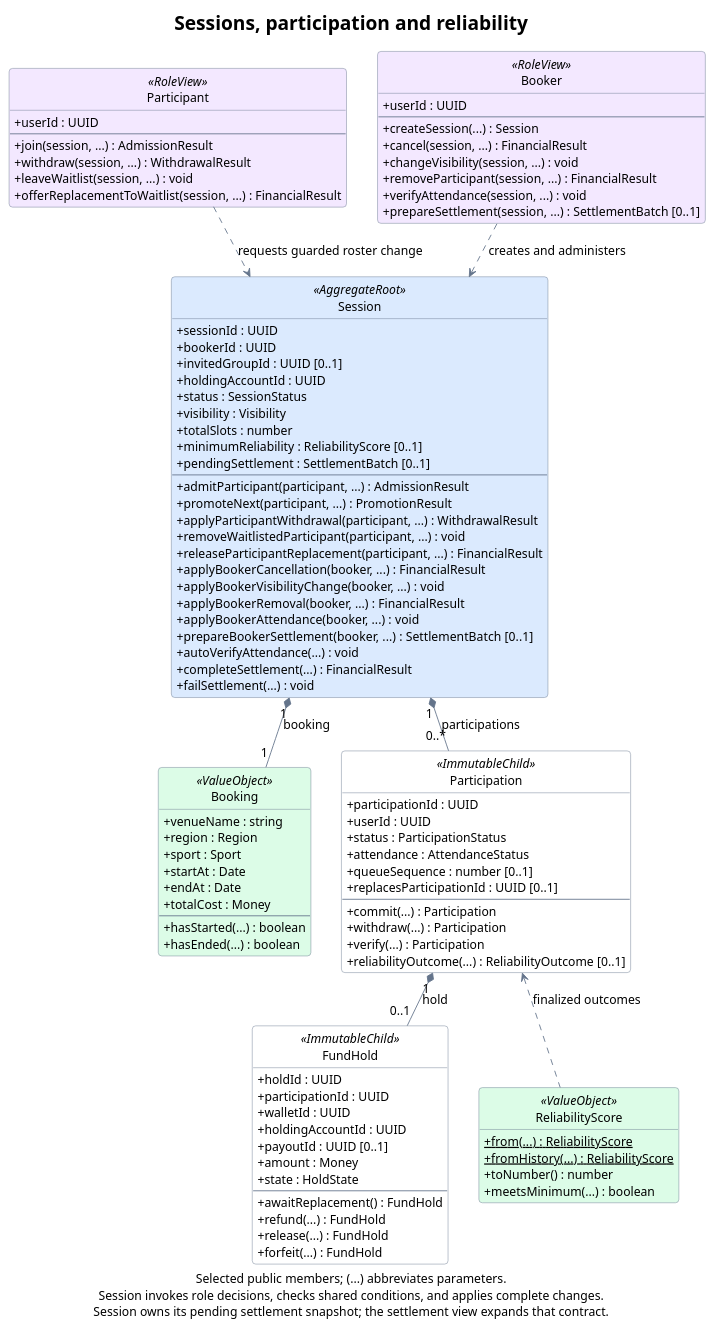
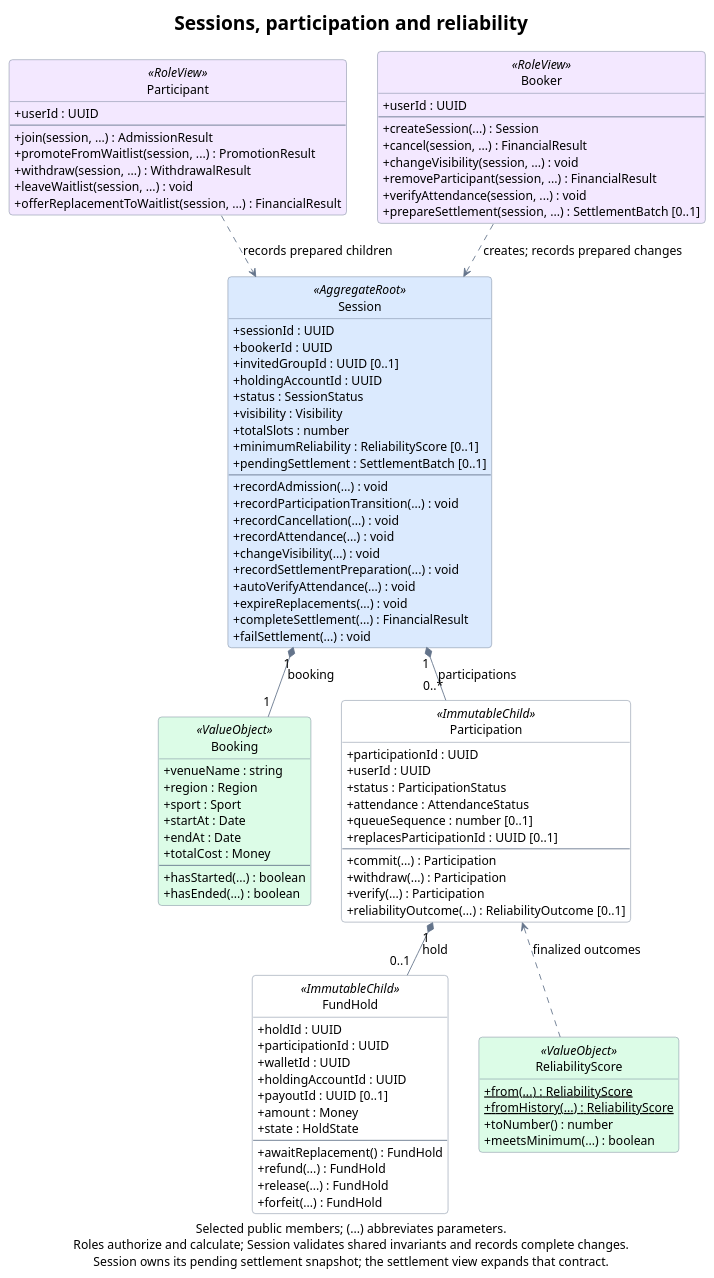
One commit to rbrishi15/booking-web-manager changed the diagram in docs/diagrams/domain-sessions.puml. Above: the diagram before and after it, drawn with PlantUML. The commit also changed 50 other files, not shown here.

First line of the commit message:
refactor(domain): move session workflows into user roles

```diff
--- a/docs/diagrams/domain-sessions.puml
+++ b/docs/diagrams/domain-sessions.puml
@@ -1,128 +1,126 @@
 @startuml domain-sessions
 title Sessions, participation and reliability
 
 top to bottom direction
 hide empty members
 hide circle
 skinparam backgroundColor #FFFFFF
 skinparam shadowing false
 skinparam roundcorner 8
 skinparam defaultFontName SansSerif
 skinparam defaultFontSize 14
 skinparam titleFontSize 22
 skinparam ArrowColor #64748B
 skinparam classBorderColor #64748B
 skinparam classBackgroundColor #FFFFFF
 skinparam classBackgroundColor<<AggregateRoot>> #DBEAFE
 skinparam classBackgroundColor<<ValueObject>> #DCFCE7
 skinparam classBackgroundColor<<RoleView>> #F3E8FF
 skinparam classAttributeIconSize 0
 skinparam linetype polyline
 skinparam nodesep 35
 skinparam ranksep 40
 
 class Session <<AggregateRoot>> {
   +sessionId : UUID
   +bookerId : UUID
   +invitedGroupId : UUID [0..1]
   +holdingAccountId : UUID
   +status : SessionStatus
   +visibility : Visibility
   +totalSlots : number
   +minimumReliability : ReliabilityScore [0..1]
   +pendingSettlement : SettlementBatch [0..1]
   --
-  +admitParticipant(participant, ...) : AdmissionResult
-  +promoteNext(participant, ...) : PromotionResult
-  +applyParticipantWithdrawal(participant, ...) : WithdrawalResult
-  +removeWaitlistedParticipant(participant, ...) : void
-  +releaseParticipantReplacement(participant, ...) : FinancialResult
-  +applyBookerCancellation(booker, ...) : FinancialResult
-  +applyBookerVisibilityChange(booker, ...) : void
-  +applyBookerRemoval(booker, ...) : FinancialResult
-  +applyBookerAttendance(booker, ...) : void
-  +prepareBookerSettlement(booker, ...) : SettlementBatch [0..1]
+  +recordAdmission(...) : void
+  +recordParticipationTransition(...) : void
+  +recordCancellation(...) : void
+  +recordAttendance(...) : void
+  +changeVisibility(...) : void
+  +recordSettlementPreparation(...) : void
   +autoVerifyAttendance(...) : void
+  +expireReplacements(...) : void
   +completeSettlement(...) : FinancialResult
   +failSettlement(...) : void
 }
 
 class Participant <<RoleView>> {
   +userId : UUID
   --
   +join(session, ...) : AdmissionResult
+  +promoteFromWaitlist(session, ...) : PromotionResult
   +withdraw(session, ...) : WithdrawalResult
   +leaveWaitlist(session, ...) : void
   +offerReplacementToWaitlist(session, ...) : FinancialResult
 }
 
 class Booker <<RoleView>> {
   +userId : UUID
   --
   +createSession(...) : Session
   +cancel(session, ...) : FinancialResult
   +changeVisibility(session, ...) : void
   +removeParticipant(session, ...) : FinancialResult
   +verifyAttendance(session, ...) : void
   +prepareSettlement(session, ...) : SettlementBatch [0..1]
 }
 
 class Booking <<ValueObject>> {
   +venueName : string
   +region : Region
   +sport : Sport
   +startAt : Date
   +endAt : Date
   +totalCost : Money
   --
   +hasStarted(...) : boolean
   +hasEnded(...) : boolean
 }
 
 class Participation <<ImmutableChild>> {
   +participationId : UUID
   +userId : UUID
   +status : ParticipationStatus
   +attendance : AttendanceStatus
   +queueSequence : number [0..1]
   +replacesParticipationId : UUID [0..1]
   --
   +commit(...) : Participation
   +withdraw(...) : Participation
   +verify(...) : Participation
   +reliabilityOutcome(...) : ReliabilityOutcome [0..1]
 }
 
 class FundHold <<ImmutableChild>> {
   +holdId : UUID
   +participationId : UUID
   +walletId : UUID
   +holdingAccountId : UUID
   +payoutId : UUID [0..1]
   +amount : Money
   +state : HoldState
   --
   +awaitReplacement() : FundHold
   +refund(...) : FundHold
   +release(...) : FundHold
   +forfeit(...) : FundHold
 }
 
 class ReliabilityScore <<ValueObject>> {
   {static} +from(...) : ReliabilityScore
   {static} +fromHistory(...) : ReliabilityScore
   +toNumber() : number
   +meetsMinimum(...) : boolean
 }
 
 Session "1" *-down- "1" Booking : booking
-Participant .down.> Session : requests guarded roster change
-Booker .down.> Session : creates and administers
+Participant .down.> Session : records prepared children
+Booker .down.> Session : creates; records prepared changes
 Session "1" *-down- "0..*" Participation : participations
 Participation "1" *-down- "0..1" FundHold : hold
 ReliabilityScore .up.> Participation : finalized outcomes
 Booking -[hidden]right- Participation
 FundHold -[hidden]right- ReliabilityScore
 
-caption Selected public members; (...) abbreviates parameters.\nSession invokes role decisions, checks shared conditions, and applies complete changes.\nSession owns its pending settlement snapshot; the settlement view expands that contract.
+caption Selected public members; (...) abbreviates parameters.\nRoles authorize and calculate; Session validates shared invariants and records complete changes.\nSession owns its pending settlement snapshot; the settlement view expands that contract.
 @enduml
```
